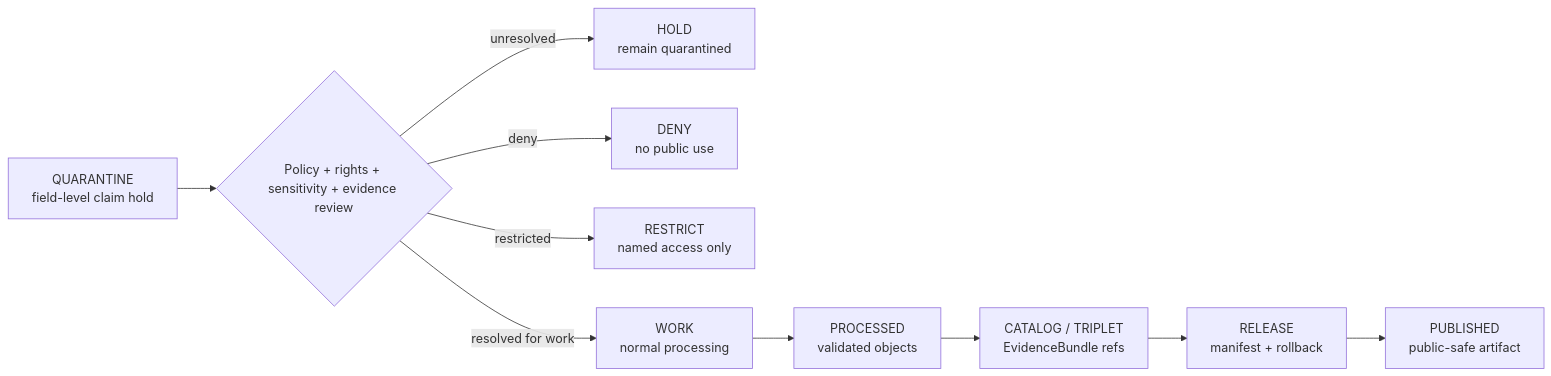
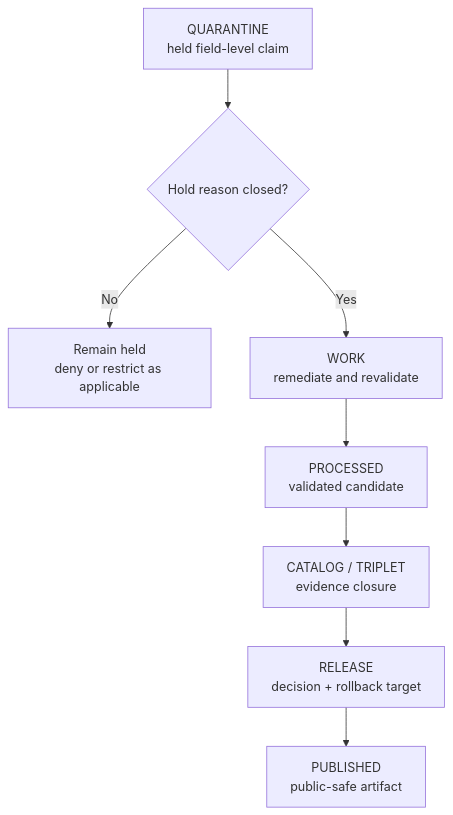
Before and after one commit to bartytime4life/Kansas-Frontier-Matrix: the diagram in data/quarantine/agriculture/field-level-claim/README.md, drawn with Mermaid. The commit also changed other lines of this file, not shown here.

Commit message:
docs(data): modernize Agriculture field-level quarantine README

````diff
--- a/data/quarantine/agriculture/field-level-claim/README.md
+++ b/data/quarantine/agriculture/field-level-claim/README.md
@@ -207,12 +224,10 @@
 ```mermaid
-flowchart LR
-    Q["QUARANTINE<br/>field-level claim hold"] --> REVIEW{Policy + rights + sensitivity + evidence review}
-    REVIEW -->|unresolved| HOLD["HOLD<br/>remain quarantined"]
-    REVIEW -->|deny| DENY["DENY<br/>no public use"]
-    REVIEW -->|restricted| REST["RESTRICT<br/>named access only"]
-    REVIEW -->|resolved for work| WORK["WORK<br/>normal processing"]
-    WORK --> PROC["PROCESSED<br/>validated objects"]
-    PROC --> CAT["CATALOG / TRIPLET<br/>EvidenceBundle refs"]
-    CAT --> REL["RELEASE<br/>manifest + rollback"]
-    REL --> PUB["PUBLISHED<br/>public-safe artifact"]
+flowchart TD
+    Q["QUARANTINE<br/>held field-level claim"] --> R{"Hold reason closed?"}
+    R -->|"No"| H["Remain held<br/>deny or restrict as applicable"]
+    R -->|"Yes"| W["WORK<br/>remediate and revalidate"]
+    W --> P["PROCESSED<br/>validated candidate"]
+    P --> C["CATALOG / TRIPLET<br/>evidence closure"]
+    C --> L["RELEASE<br/>decision + rollback target"]
+    L --> U["PUBLISHED<br/>public-safe artifact"]
 ```
````
